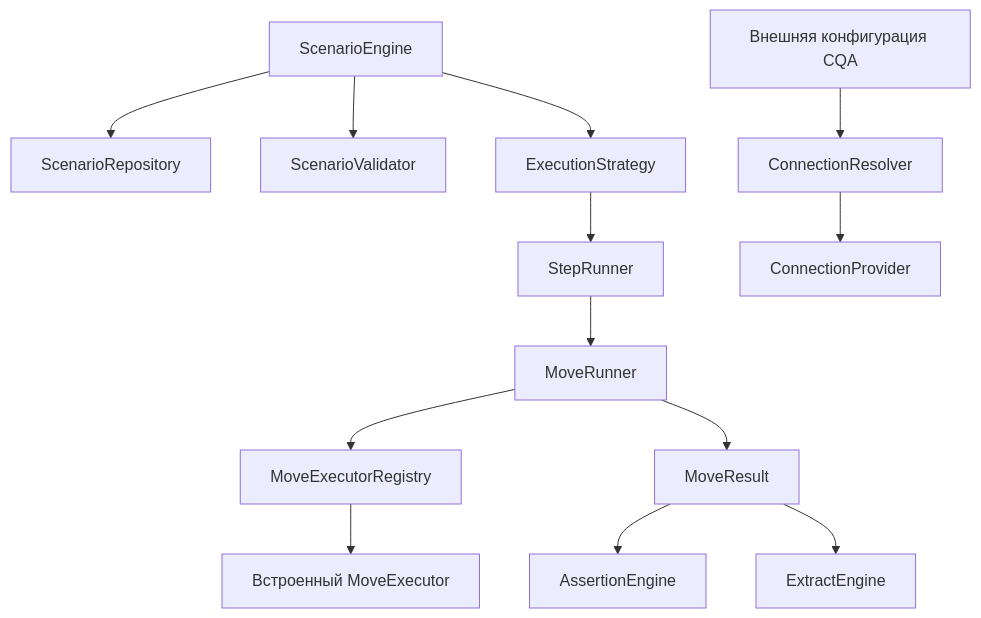
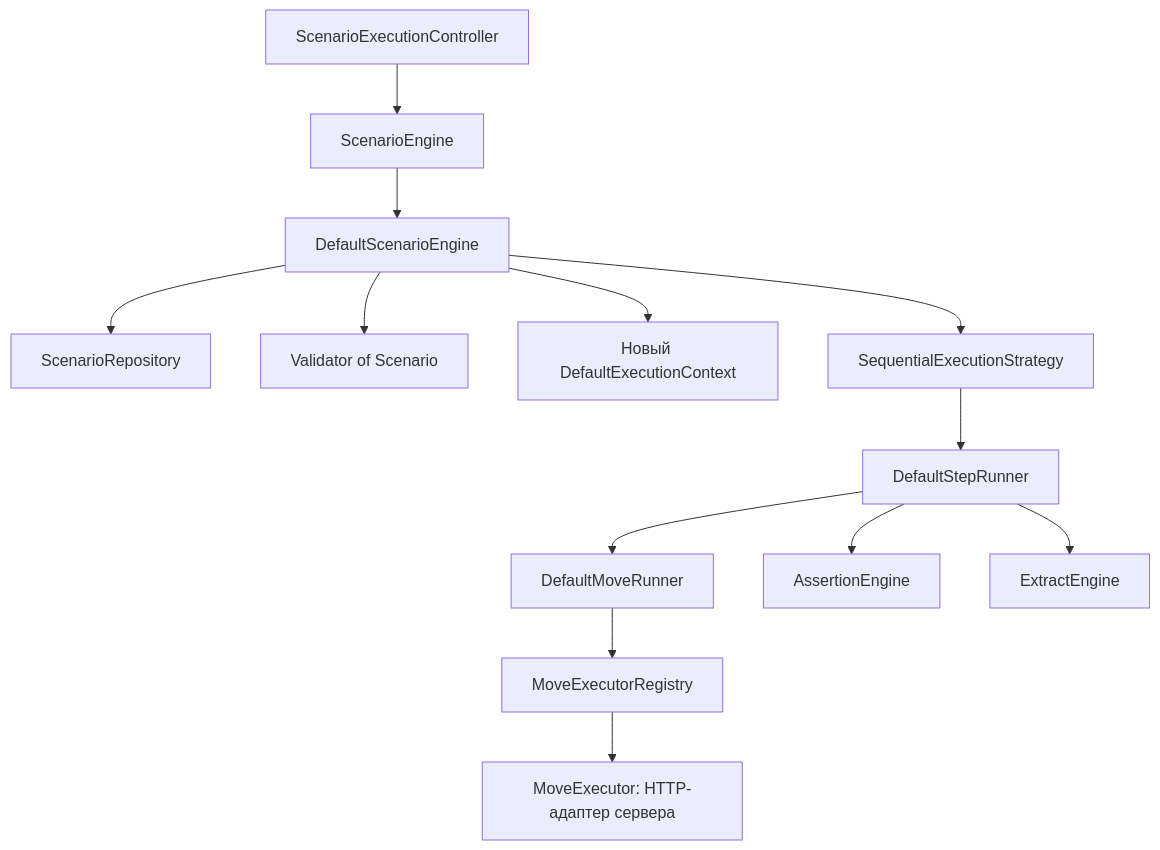
Before and after one commit to bars9288/finteh.goldenqa: the diagram in cqa-scenario-engine/ARCHITECTURE.md, drawn with Mermaid. The commit also changed other lines of this file and 187 other files, not shown here.

````diff
--- a/cqa-scenario-engine/ARCHITECTURE.md
+++ b/cqa-scenario-engine/ARCHITECTURE.md
@@ -31,15 +18,15 @@
 ```mermaid
 flowchart TD
-    Engine[ScenarioEngine] --> Repo[ScenarioRepository]
-    Engine --> Validator[ScenarioValidator]
-    Engine --> Strategy[ExecutionStrategy]
-    Strategy --> StepRunner[StepRunner]
-    StepRunner --> MoveRunner[MoveRunner]
-    MoveRunner --> Registry[MoveExecutorRegistry]
-    Registry --> Builtin[Встроенный MoveExecutor]
-    MoveRunner --> Result[MoveResult]
-    Result --> Assert[AssertionEngine]
-    Result --> Extract[ExtractEngine]
-    Connections[Внешняя конфигурация CQA] --> Resolver[ConnectionResolver]
-    Resolver --> Providers[ConnectionProvider]
+    Controller[ScenarioExecutionController] --> API[ScenarioEngine]
+    API --> Engine[DefaultScenarioEngine]
+    Engine --> Repository[ScenarioRepository]
+    Engine --> Validator[Validator of Scenario]
+    Engine --> Context[Новый DefaultExecutionContext]
+    Engine --> Strategy[SequentialExecutionStrategy]
+    Strategy --> Step[DefaultStepRunner]
+    Step --> Move[DefaultMoveRunner]
+    Move --> Registry[MoveExecutorRegistry]
+    Registry --> Executor[MoveExecutor: HTTP-адаптер сервера]
+    Step --> Assertions[AssertionEngine]
+    Step --> Extracts[ExtractEngine]
 ```
````
